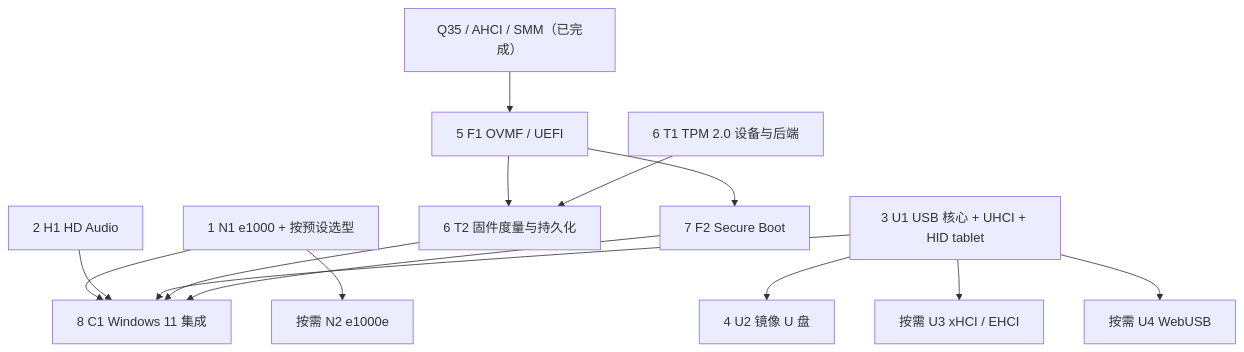
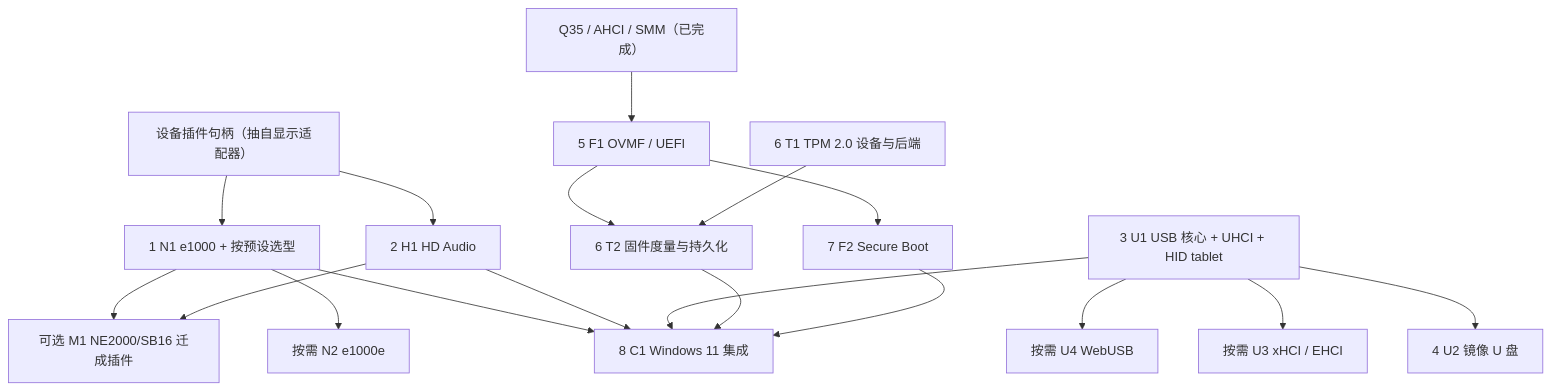
Before and after one commit to copy/v86: the diagram in docs/modern-pc-devices-plan.md, drawn with Mermaid. The commit also changed other lines of this file, not shown here.

````diff
--- a/docs/modern-pc-devices-plan.md
+++ b/docs/modern-pc-devices-plan.md
@@ -61,29 +69,35 @@
 ```mermaid
 flowchart TD
     Q["Q35 / AHCI / SMM（已完成）"]
+    P["设备插件句柄（抽自显示适配器）"]
     N1["1 N1 e1000 + 按预设选型"]
     H1["2 H1 HD Audio"]
     U1["3 U1 USB 核心 + UHCI + HID tablet"]
     U2["4 U2 镜像 U 盘"]
     F1["5 F1 OVMF / UEFI"]
     T1["6 T1 TPM 2.0 设备与后端"]
     T2["6 T2 固件度量与持久化"]
     F2["7 F2 Secure Boot"]
     C1["8 C1 Windows 11 集成"]
     U3["按需 U3 xHCI / EHCI"]
     N2["按需 N2 e1000e"]
     U4["按需 U4 WebUSB"]
+    M1["可选 M1 NE2000/SB16 迁成插件"]
+    P --> N1
+    P --> H1
+    N1 --> M1
+    H1 --> M1
     U1 --> U2
     U1 --> U3
     U1 --> U4
     Q --> F1
     F1 --> T2
     T1 --> T2
     F1 --> F2
     N1 --> N2
     N1 --> C1
     H1 --> C1
     U1 --> C1
     T2 --> C1
     F2 --> C1
 ```
````
